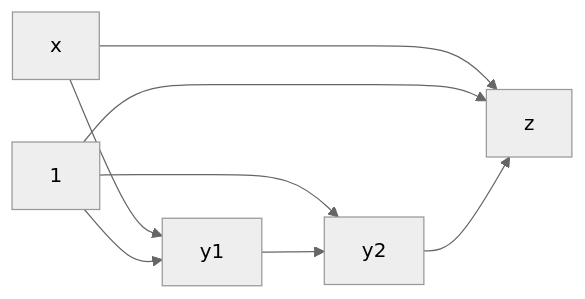
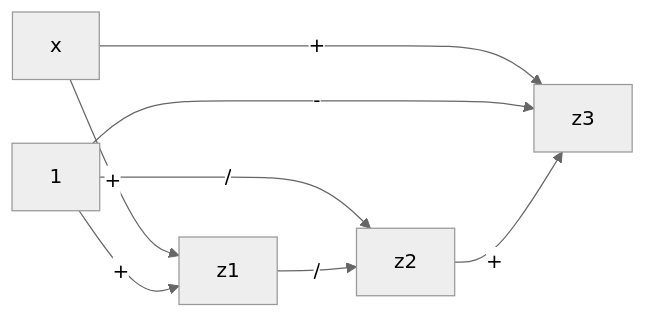
Before and after one commit to SuperSamus/appunti-universitari: the fifth of 6 diagrams in trash/Calcolo numerico/Esercizi errore.md, drawn with Mermaid (neutral theme). The commit also changed other lines of this file, not shown here.

````diff
--- a/trash/Calcolo numerico/Esercizi errore.md
+++ b/trash/Calcolo numerico/Esercizi errore.md
@@ -58,10 +58,10 @@
 ```mermaid
 flowchart LR
-x --> z
-1 --> z
-y2 --> z
-1 --> y2
-y1 --> y2
-x --> y1
-1 --> y1
+x -- + --> z3
+1 -- - --> z3
+z2 -- + --> z3
+1 -- / --> z2
+z1 -- / --> z2
+x -- + --> z1
+1 -- + --> z1
 ```
````
